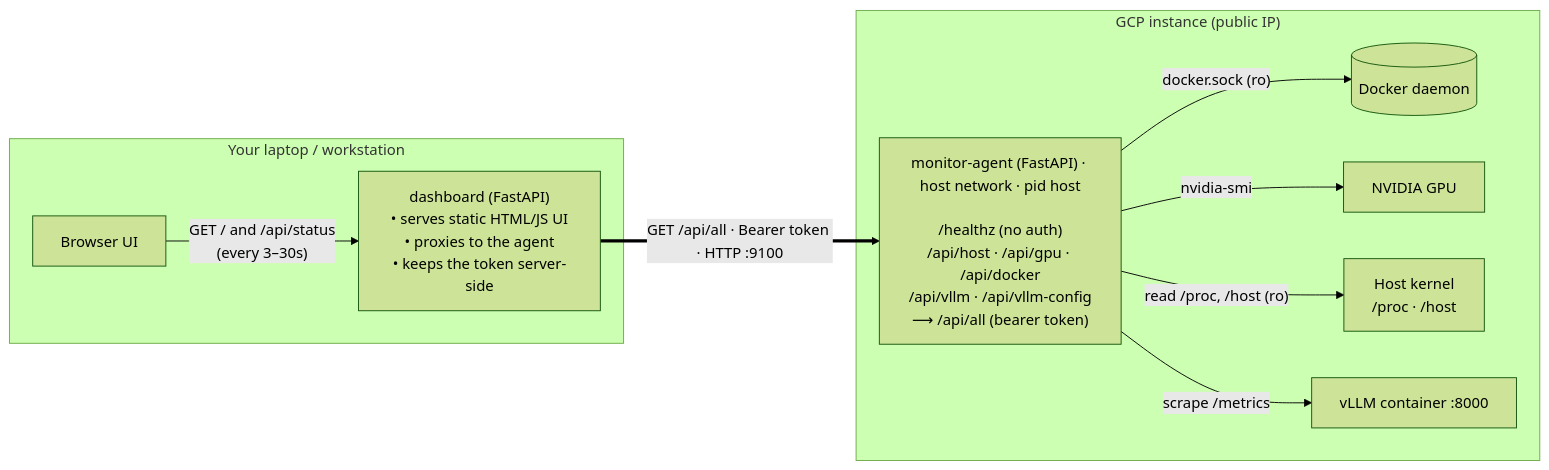
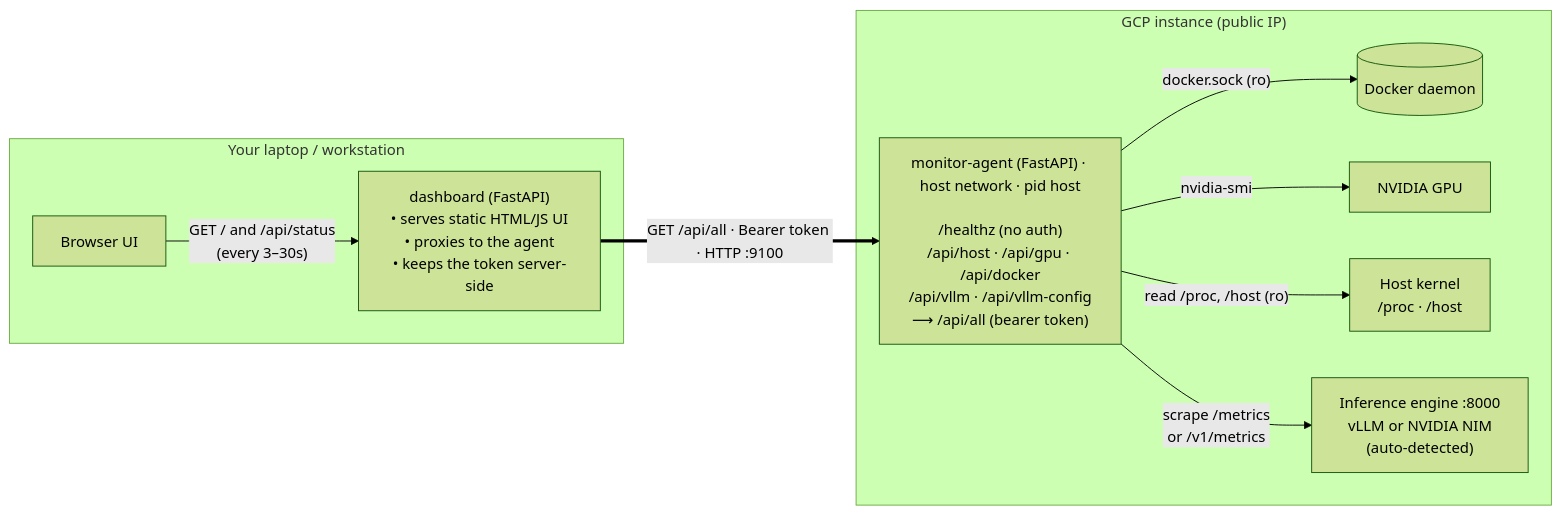
One commit to sqlshep/vllm-monitor changed the diagram in README.md. Above: the diagram before and after it, drawn with Mermaid (forest theme). The commit also changed other lines of this file, not shown here.

First line of the commit message:
Make architecture diagram engine-agnostic (vLLM or NIM)

````diff
--- a/README.md
+++ b/README.md
@@ -44,23 +44,23 @@
 ```mermaid
 flowchart LR
     subgraph laptop["Your laptop / workstation"]
         browser["Browser UI"]
         dashboard["dashboard (FastAPI)<br/>• serves static HTML/JS UI<br/>• proxies to the agent<br/>• keeps the token server-side"]
         browser -->|"GET / and /api/status<br/>(every 3–30s)"| dashboard
     end
 
     subgraph gcp["GCP instance (public IP)"]
         agent["monitor-agent (FastAPI) · host network · pid host<br/><br/>/healthz (no auth)<br/>/api/host · /api/gpu · /api/docker<br/>/api/vllm · /api/vllm-config<br/>⟶ /api/all (bearer token)"]
         docker[("Docker daemon")]
         gpu["NVIDIA GPU"]
         host["Host kernel<br/>/proc · /host"]
-        vllm["vLLM container :8000"]
+        engine["Inference engine :8000<br/>vLLM or NVIDIA NIM<br/>(auto-detected)"]
 
         agent -->|"docker.sock (ro)"| docker
         agent -->|"nvidia-smi"| gpu
         agent -->|"read /proc, /host (ro)"| host
-        agent -->|"scrape /metrics"| vllm
+        agent -->|"scrape /metrics<br/>or /v1/metrics"| engine
     end
 
     dashboard ==>|"GET /api/all · Bearer token · HTTP :9100"| agent
 ```
````
